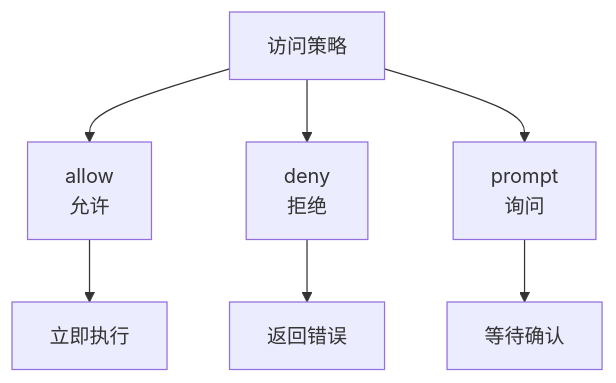
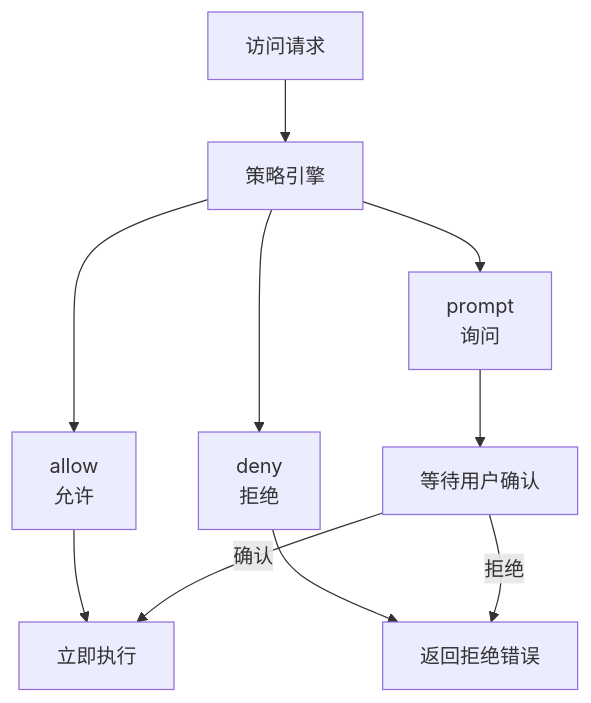
The eighth of 14 diagrams in docs/zh/products/automation/openclaw/source-code/acp.md (zenHeart/learn-ai), drawn with Mermaid before and after one commit. The commit also changed other lines of this file and 10 other files, not shown here.

````diff
--- a/docs/zh/products/automation/openclaw/source-code/acp.md
+++ b/docs/zh/products/automation/openclaw/source-code/acp.md
@@ -136,10 +271,13 @@
 ```mermaid
 graph TD
-    A["访问策略"] --> B["allow<br/>允许"]
-    A --> C["deny<br/>拒绝"]
-    A --> D["prompt<br/>询问"]
+    A["访问请求"] --> B["策略引擎"]
+    B --> C["allow<br/>允许"]
+    B --> D["deny<br/>拒绝"]
+    B --> E["prompt<br/>询问"]
     
-    B --> E["立即执行"]
-    C --> F["返回错误"]
-    D --> G["等待确认"]
+    C --> F["立即执行"]
+    D --> G["返回拒绝错误"]
+    E --> H["等待用户确认"]
+    H -->|"确认"| F
+    H -->|"拒绝"| G
 ```
````
